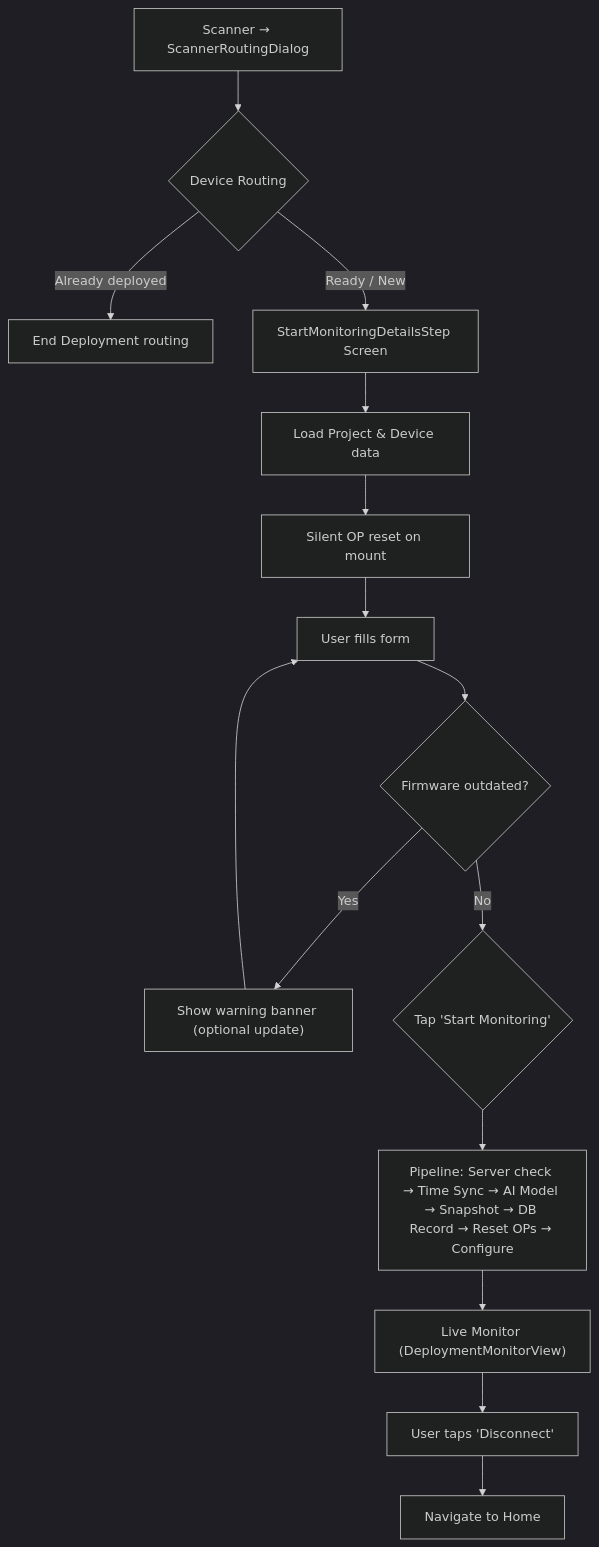
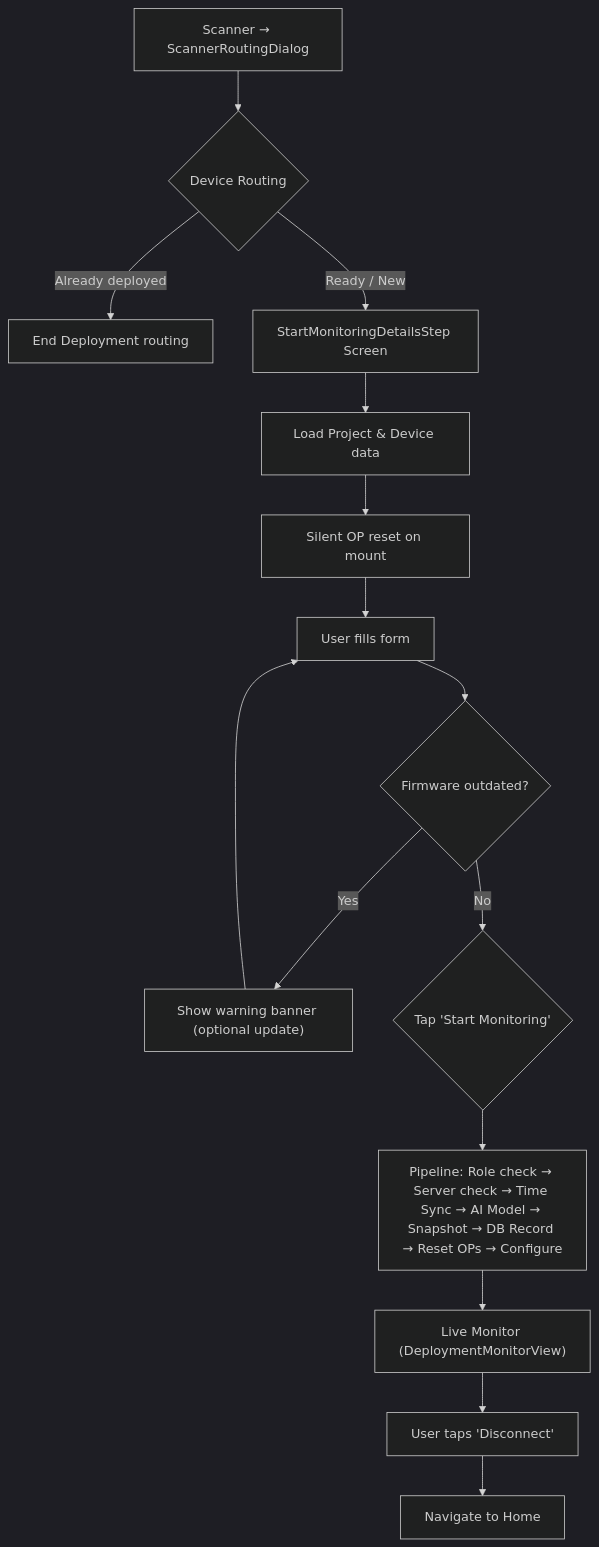
One commit to wildlifeai/ww-mobile-app changed the second of 3 diagrams in documentation/onboarding/05-DEVICE-FLOWS.md. Above: the diagram before and after it, drawn with Mermaid (dark theme). The commit also changed other lines of this file and 21 other files, not shown here.

````diff
--- a/documentation/onboarding/05-DEVICE-FLOWS.md
+++ b/documentation/onboarding/05-DEVICE-FLOWS.md
@@ -75,18 +75,18 @@
 ```mermaid
 flowchart TD
     A["Scanner → ScannerRoutingDialog"] --> B{"Device Routing"}
     B -- "Already deployed" --> C["End Deployment routing"]
     B -- "Ready / New" --> D["StartMonitoringDetailsStep Screen"]
     
     D --> E["Load Project & Device data"]
     E --> F["Silent OP reset on mount"]
     F --> G["User fills form"]
     G --> H{"Firmware outdated?"}
     H -- Yes --> I["Show warning banner (optional update)"]
     I --> G
     H -- No --> J{"Tap 'Start Monitoring'"}
-    J --> K["Pipeline: Server check → Time Sync → AI Model → Snapshot → DB Record → Reset OPs → Configure"]
+    J --> K["Pipeline: Role check → Server check → Time Sync → AI Model → Snapshot → DB Record → Reset OPs → Configure"]
     K --> L["Live Monitor (DeploymentMonitorView)"]
     L --> M["User taps 'Disconnect'"]
     M --> N["Navigate to Home"]
 ```
````
